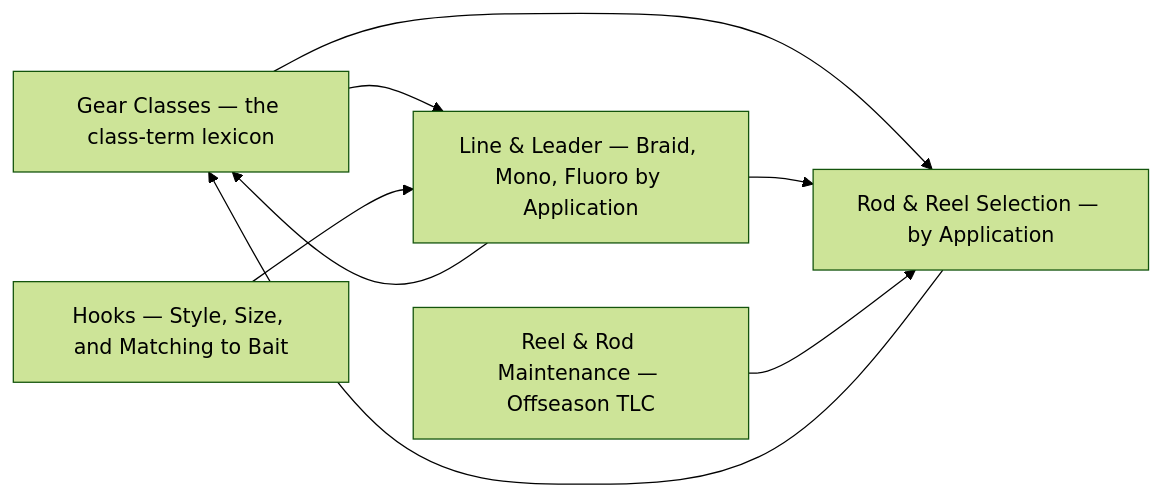
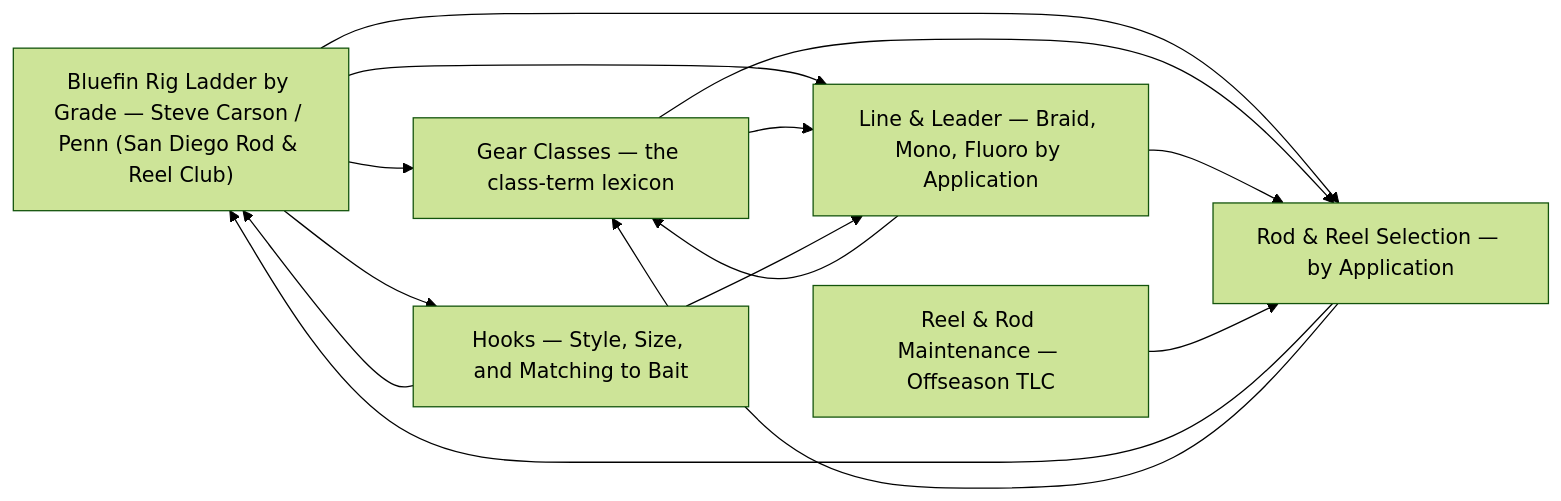
One commit to camchuckpete-max/Socal-Fishing-Knowledge changed the diagram in tackle/README.md. Above: the diagram before and after it, drawn with Mermaid (forest theme). The commit also changed other lines of this file and 13 other files, not shown here.

````diff
--- a/tackle/README.md
+++ b/tackle/README.md
@@ -18,15 +19,22 @@
 ```mermaid
 graph LR
-  n0["Gear Classes — the class-term lexicon"]
-  n1["Hooks — Style, Size, and Matching to Bait"]
-  n2["Line & Leader — Braid, Mono, Fluoro by Application"]
-  n3["Reel & Rod Maintenance — Offseason TLC"]
-  n4["Rod & Reel Selection — by Application"]
+  n0["Bluefin Rig Ladder by Grade — Steve Carson / Penn (San Diego Rod & Reel Club)"]
+  n1["Gear Classes — the class-term lexicon"]
+  n2["Hooks — Style, Size, and Matching to Bait"]
+  n3["Line & Leader — Braid, Mono, Fluoro by Application"]
+  n4["Reel & Rod Maintenance — Offseason TLC"]
+  n5["Rod & Reel Selection — by Application"]
+  n0 --> n1
   n0 --> n2
-  n0 --> n4
-  n1 --> n2
+  n0 --> n3
+  n0 --> n5
+  n1 --> n3
+  n1 --> n5
   n2 --> n0
-  n2 --> n4
-  n3 --> n4
-  n4 --> n0
+  n2 --> n3
+  n3 --> n1
+  n3 --> n5
+  n4 --> n5
+  n5 --> n0
+  n5 --> n1
 ```
````
